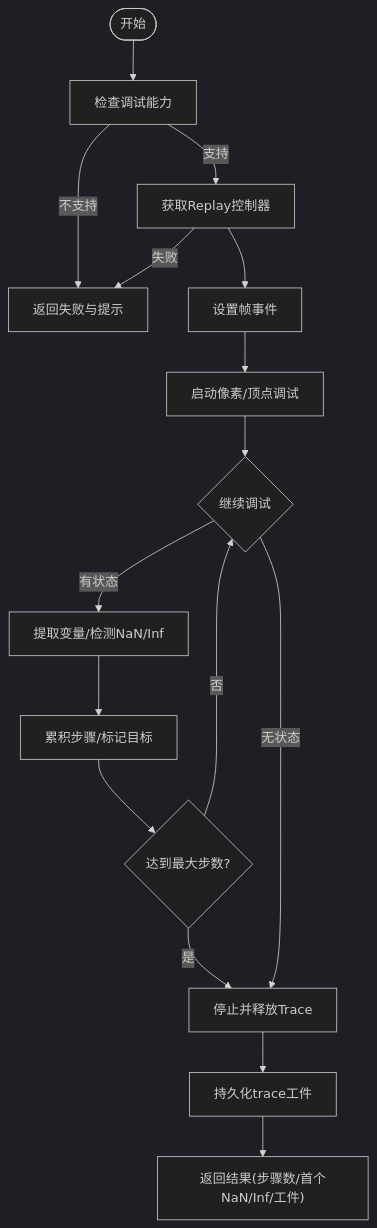
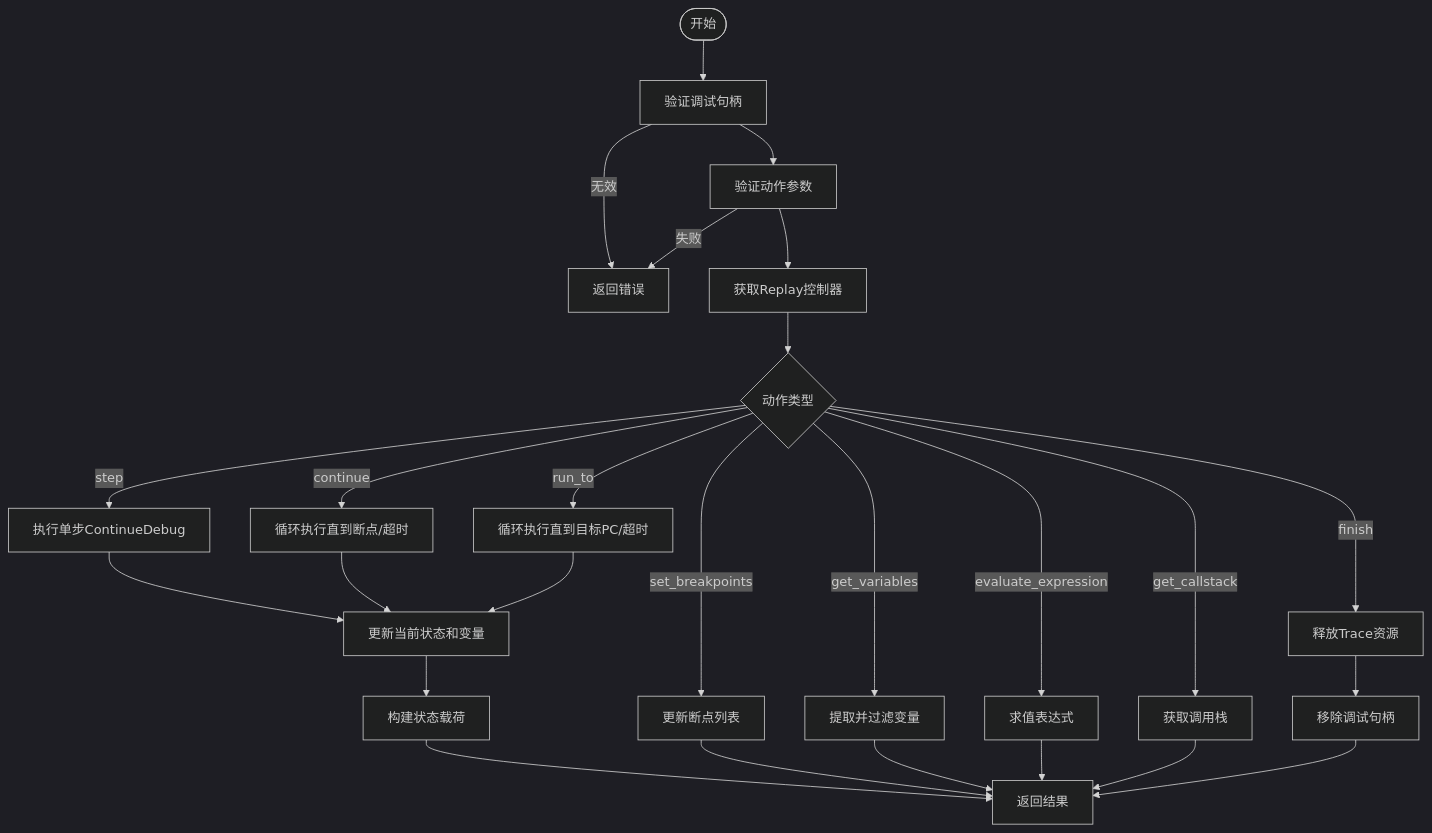
The third of 5 diagrams in .qoder/repowiki/zh/content/高级主题/监控与调试.md (haolange/RDC-Tool), drawn with Mermaid (dark theme) before and after one commit. The commit also changed other lines of this file and 79 other files, not shown here.

````diff
--- a/.qoder/repowiki/zh/content/高级主题/监控与调试.md
+++ b/.qoder/repowiki/zh/content/高级主题/监控与调试.md
@@ -155,18 +163,28 @@
 ```mermaid
 flowchart TD
-Start(["开始"]) --> CheckSupport["检查调试能力"]
-CheckSupport --> |不支持| ReturnFail["返回失败与提示"]
-CheckSupport --> |支持| GetController["获取Replay控制器"]
-GetController --> |失败| ReturnFail
-GetController --> SetEvent["设置帧事件"]
-SetEvent --> StartDebug["启动像素/顶点调试"]
-StartDebug --> LoopSteps{"继续调试"}
-LoopSteps --> |有状态| ExtractVars["提取变量/检测NaN/Inf"]
-ExtractVars --> Accumulate["累积步骤/标记目标"]
-Accumulate --> MaxSteps{"达到最大步数?"}
-MaxSteps --> |是| Stop["停止并释放Trace"]
-MaxSteps --> |否| LoopSteps
-LoopSteps --> |无状态| Stop
-Stop --> Persist["持久化trace工件"]
-Persist --> Result["返回结果(步骤数/首个NaN/Inf/工件)"]
+Start(["开始"]) --> ValidateHandle["验证调试句柄"]
+ValidateHandle --> |无效| ReturnFail["返回错误"]
+ValidateHandle --> ValidateParams["验证动作参数"]
+ValidateParams --> |失败| ReturnFail
+ValidateParams --> GetController["获取Replay控制器"]
+GetController --> CheckAction{"动作类型"}
+CheckAction --> |step| ContinueOnce["执行单步ContinueDebug"]
+CheckAction --> |continue| LoopContinue["循环执行直到断点/超时"]
+CheckAction --> |run_to| LoopRunTo["循环执行直到目标PC/超时"]
+CheckAction --> |set_breakpoints| UpdateBP["更新断点列表"]
+CheckAction --> |get_variables| ExtractVars["提取并过滤变量"]
+CheckAction --> |evaluate_expression| EvalExpr["求值表达式"]
+CheckAction --> |get_callstack| GetStack["获取调用栈"]
+CheckAction --> |finish| FreeTrace["释放Trace资源"]
+ContinueOnce --> UpdateState["更新当前状态和变量"]
+LoopContinue --> UpdateState
+LoopRunTo --> UpdateState
+UpdateState --> BuildPayload["构建状态载荷"]
+BuildPayload --> Result["返回结果"]
+UpdateBP --> Result
+ExtractVars --> Result
+EvalExpr --> Result
+GetStack --> Result
+FreeTrace --> RemoveHandle["移除调试句柄"]
+RemoveHandle --> Result
 ```
````
